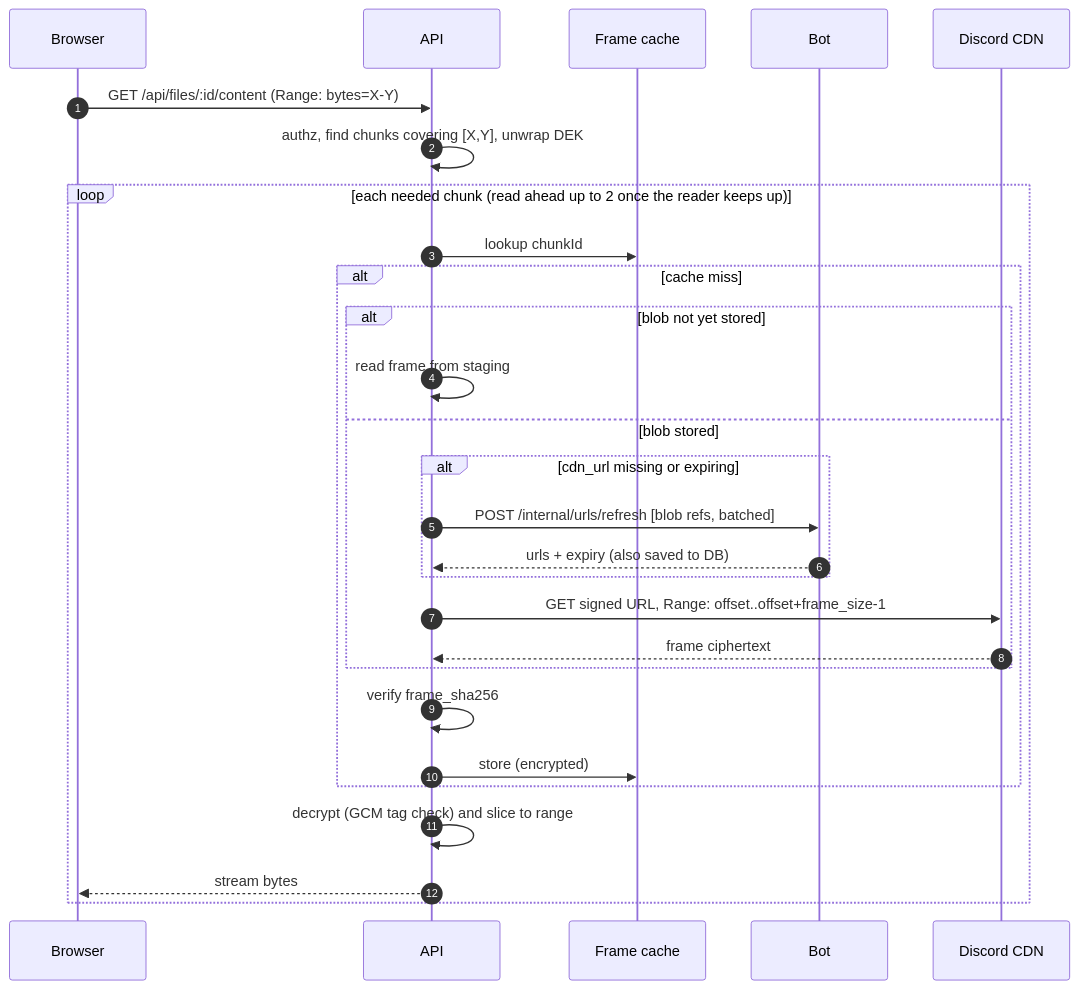
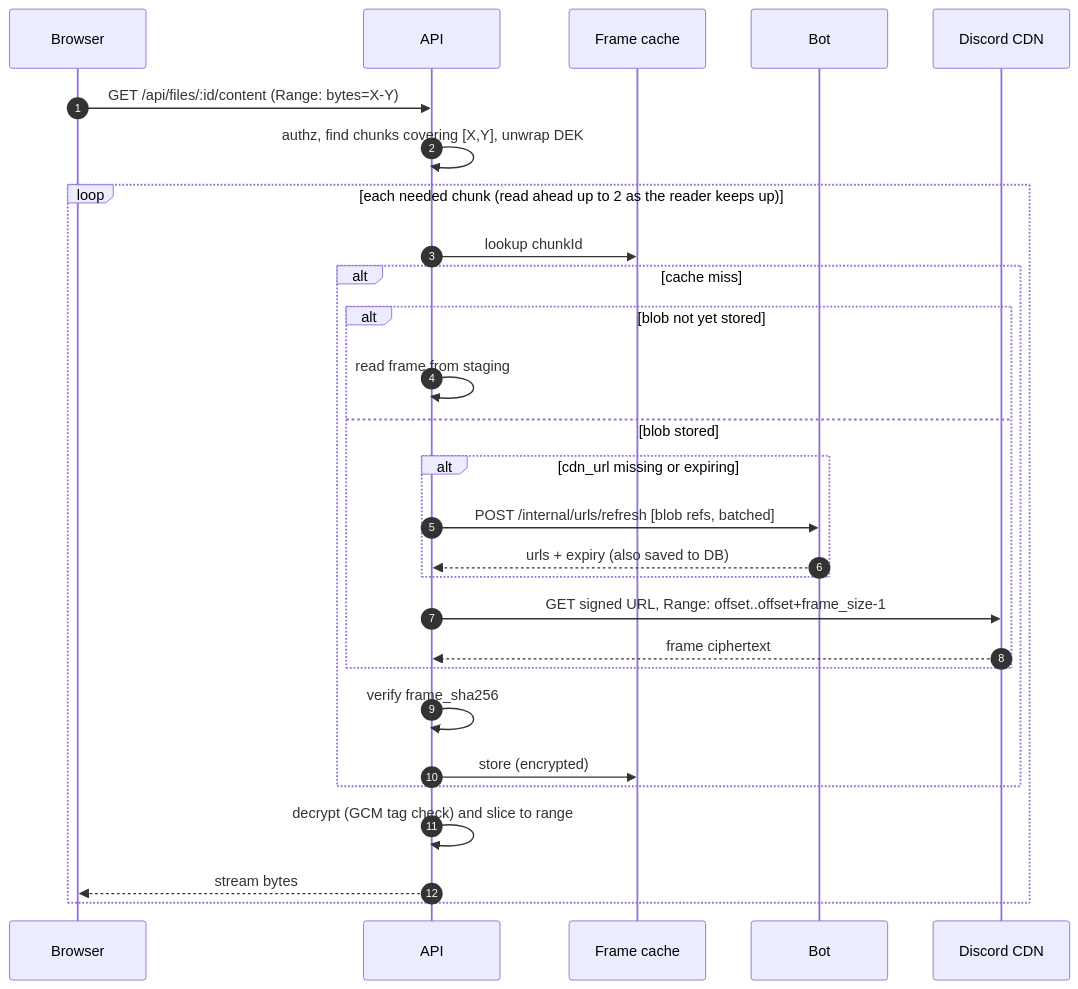
One commit to AlexB8675/DFS changed the seventh of 11 diagrams in docs/DESIGN.md. Above: the diagram before and after it, drawn with Mermaid. The commit also changed other lines of this file and 4 other files, not shown here.

First line of the commit message:
Read the next chunk sooner after a seek; fetch a video's end as it opens

````diff
--- a/docs/DESIGN.md
+++ b/docs/DESIGN.md
@@ -469,31 +469,31 @@
 ```mermaid
 sequenceDiagram
     autonumber
     participant B as Browser
     participant A as API
     participant C as Frame cache
     participant Bot as Bot
     participant CDN as Discord CDN
 
     B->>A: GET /api/files/:id/content (Range: bytes=X-Y)
     A->>A: authz, find chunks covering [X,Y], unwrap DEK
-    loop each needed chunk (read ahead up to 2 once the reader keeps up)
+    loop each needed chunk (read ahead up to 2 as the reader keeps up)
         A->>C: lookup chunkId
         alt cache miss
             alt blob not yet stored
                 A->>A: read frame from staging
             else blob stored
                 alt cdn_url missing or expiring
                     A->>Bot: POST /internal/urls/refresh [blob refs, batched]
                     Bot-->>A: urls + expiry (also saved to DB)
                 end
                 A->>CDN: GET signed URL, Range: offset..offset+frame_size-1
                 CDN-->>A: frame ciphertext
             end
             A->>A: verify frame_sha256
             A->>C: store (encrypted)
         end
         A->>A: decrypt (GCM tag check) and slice to range
         A-->>B: stream bytes
     end
 ```
````
